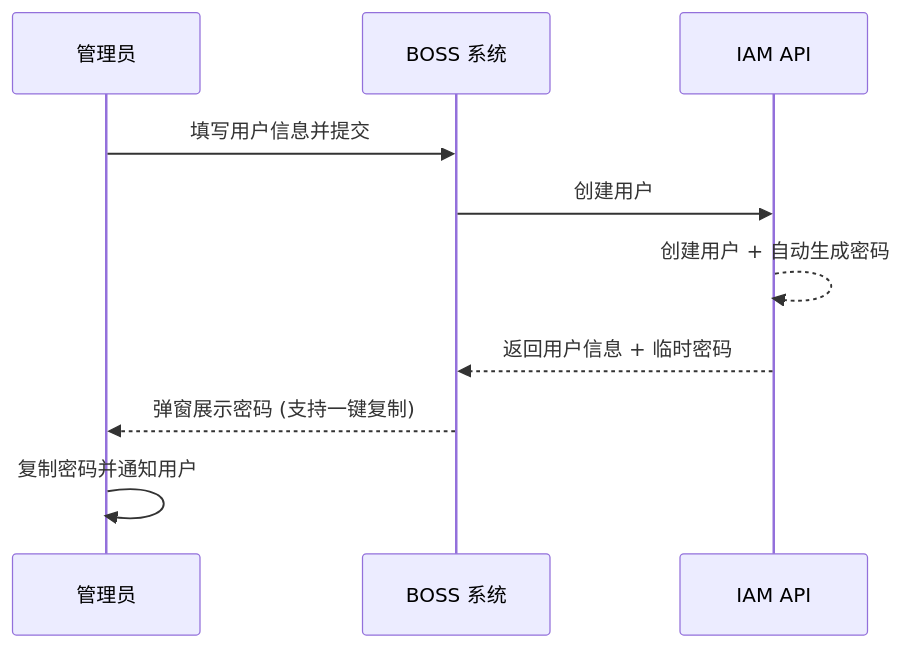
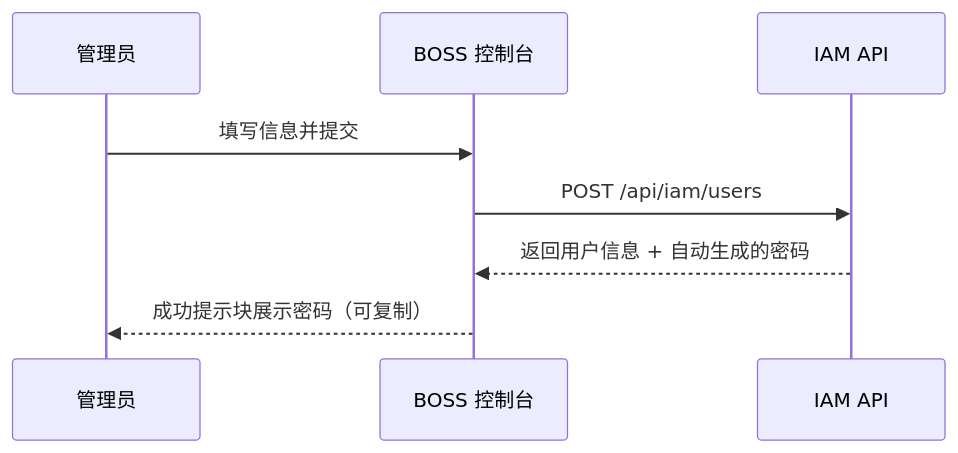
Before and after one commit to poxiaoyun/docs: the diagram in src/pages/docs/cn/20.boss/01.iam/users.md, drawn with Mermaid. The commit also changed other lines of this file and 463 other files, not shown here.

````diff
--- a/src/pages/docs/cn/20.boss/01.iam/users.md
+++ b/src/pages/docs/cn/20.boss/01.iam/users.md
@@ -80,13 +72,10 @@
 ```mermaid
 sequenceDiagram
     participant Admin as 管理员
-    participant BOSS as BOSS 系统
+    participant BOSS as BOSS 控制台
     participant API as IAM API
-    
-    Admin->>BOSS: 填写用户信息并提交
-    BOSS->>API: 创建用户
-    API-->>API: 创建用户 + 自动生成密码
-    API-->>BOSS: 返回用户信息 + 临时密码
-    BOSS-->>Admin: 弹窗展示密码 (支持一键复制)
-    Admin->>Admin: 复制密码并通知用户
+    Admin->>BOSS: 填写信息并提交
+    BOSS->>API: POST /api/iam/users
+    API-->>BOSS: 返回用户信息 + 自动生成的密码
+    BOSS-->>Admin: 成功提示块展示密码（可复制）
 ```
````
